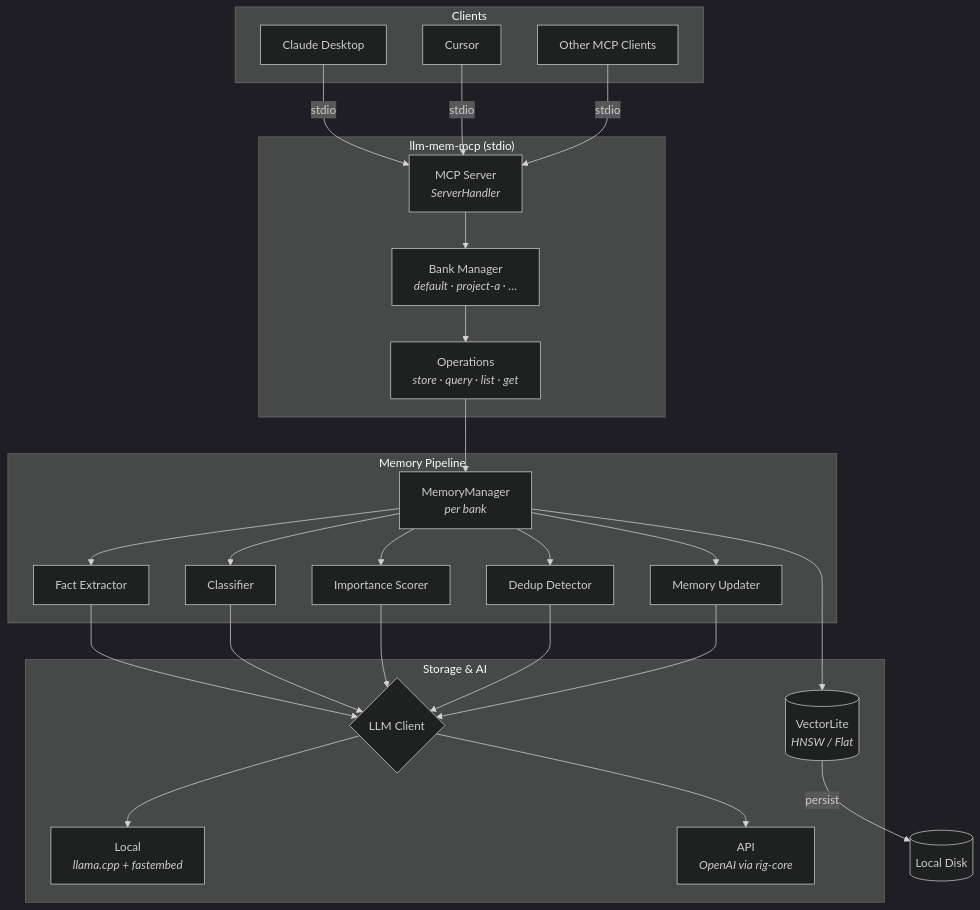
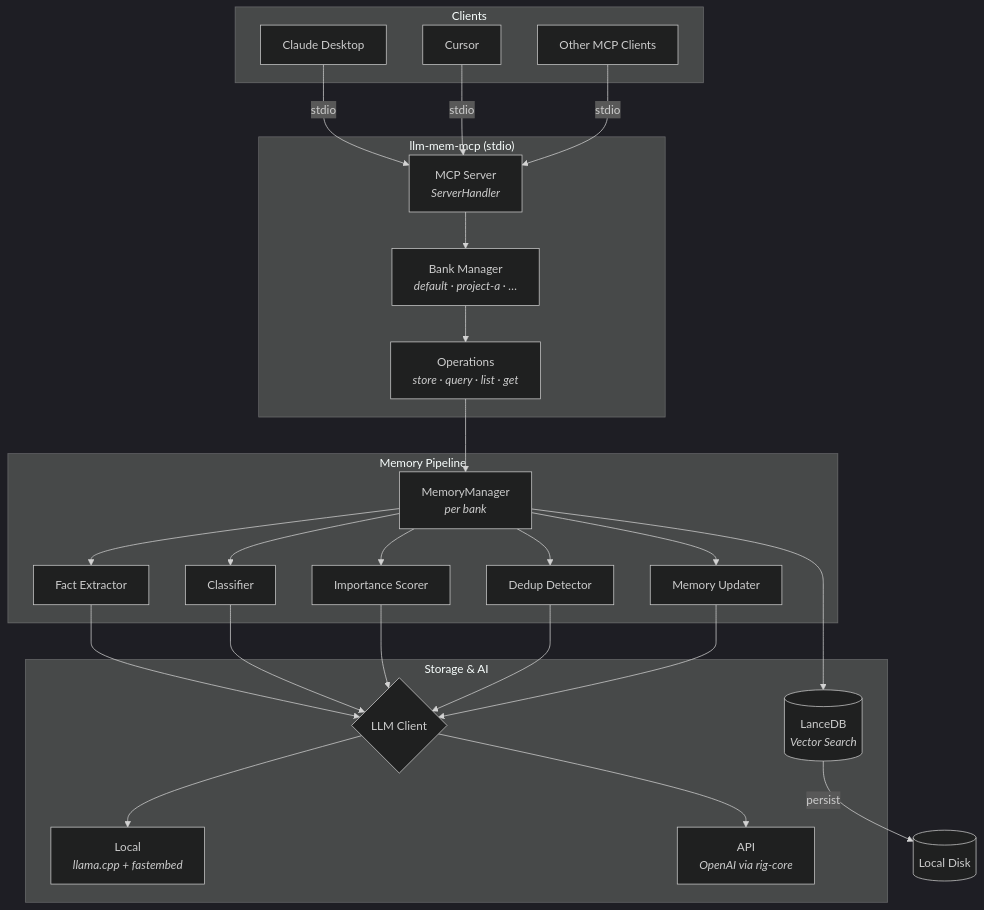
One commit to vsndev3/llm-mem changed the diagram in README.md. Above: the diagram before and after it, drawn with Mermaid (dark theme). The commit also changed other lines of this file and 13 other files, not shown here.

````diff
--- a/README.md
+++ b/README.md
@@ -905,41 +910,41 @@
 ```mermaid
 graph TB
     subgraph Clients
         A1[Claude Desktop]
         A2[Cursor]
         A3[Other MCP Clients]
     end
 
     subgraph "llm-mem-mcp (stdio)"
         MCP[MCP Server<br><i>ServerHandler</i>]
         BANKS[Bank Manager<br><i>default · project-a · …</i>]
         OPS[Operations<br><i>store · query · list · get</i>]
     end
 
     subgraph "Memory Pipeline"
         MGR[MemoryManager<br><i>per bank</i>]
         EXT[Fact Extractor]
         CLS[Classifier]
         IMP[Importance Scorer]
         DDP[Dedup Detector]
         UPD[Memory Updater]
     end
 
     subgraph "Storage & AI"
-        VS[(VectorLite<br><i>HNSW / Flat</i>)]
+        VS[(LanceDB<br><i>Vector Search</i>)]
         LLM{LLM Client}
         LLM_LOCAL[Local<br><i>llama.cpp + fastembed</i>]
         LLM_API[API<br><i>OpenAI via rig-core</i>]
     end
 
     A1 & A2 & A3 -->|stdio| MCP
     MCP --> BANKS
     BANKS --> OPS
     OPS --> MGR
     MGR --> EXT & CLS & IMP & DDP & UPD
     EXT & CLS & IMP & DDP & UPD --> LLM
     LLM --> LLM_LOCAL
     LLM --> LLM_API
     MGR --> VS
     VS -->|persist| DB[(Local Disk)]
 ```
````
